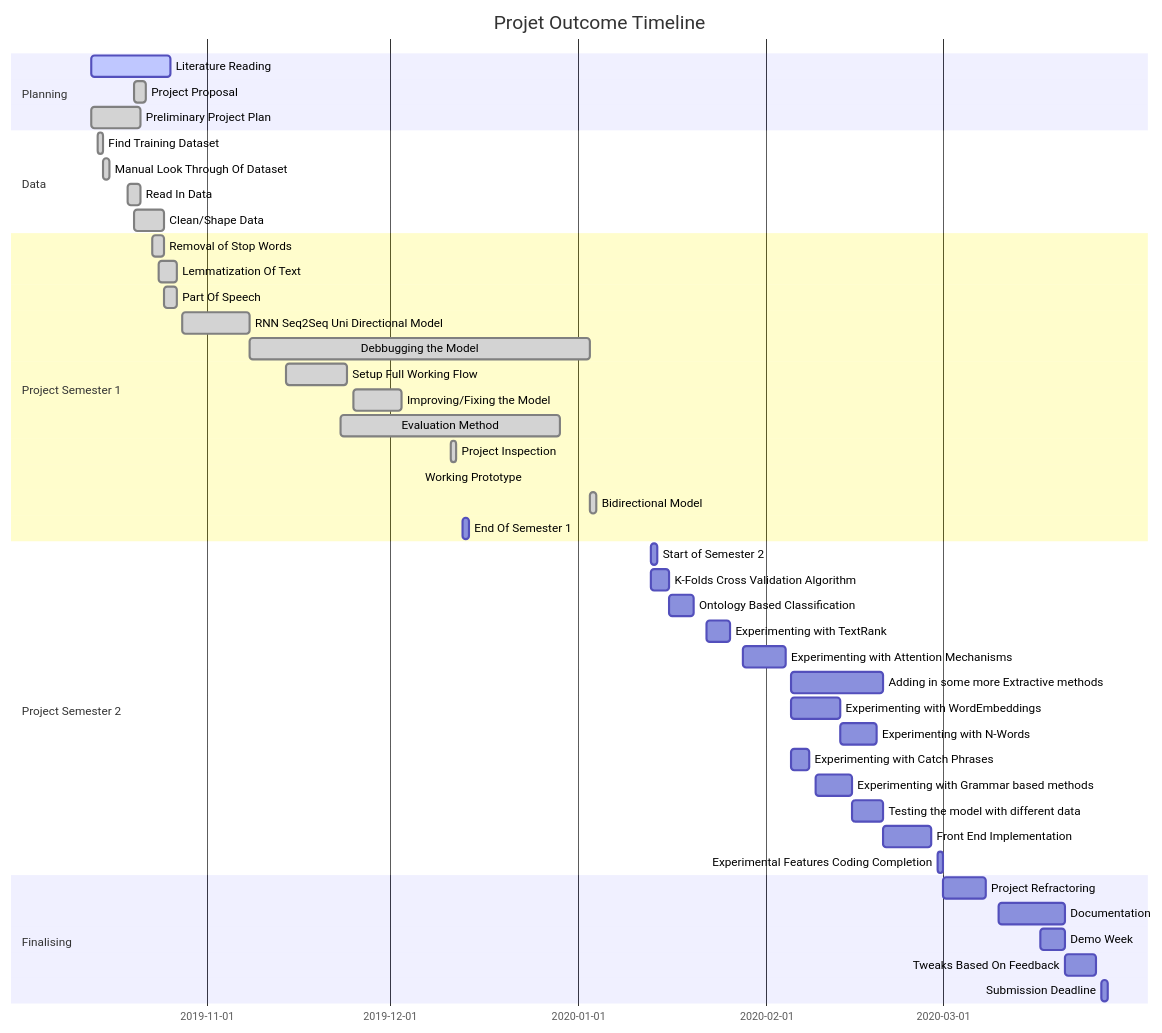
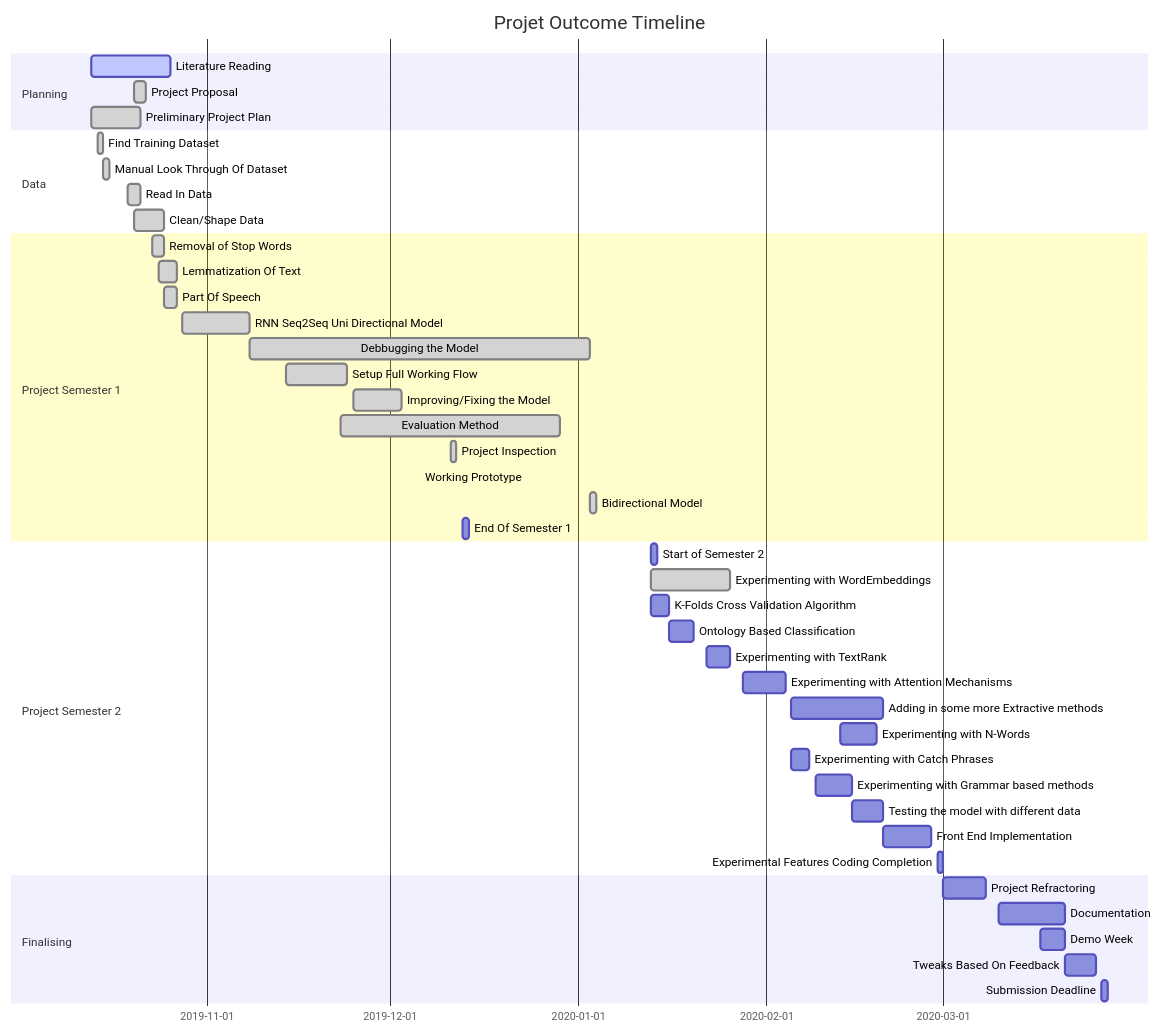
One commit to bmistry12/text-summarisation changed the second of 2 diagrams in README.md. Above: the diagram before and after it, drawn with Mermaid. The commit also changed other lines of this file, not shown here.

````diff
--- a/README.md
+++ b/README.md
@@ -89,52 +89,52 @@
 ```mermaid
 gantt
 dateFormat  YYYY-MM-DD
 title Projet Outcome Timeline
 
 section Planning
 Literature Reading                      :active,  des1, 2019-10-13, 2019-10-26
 Project Proposal                        :done,    des1, 2019-10-20, 2019-10-22
 Preliminary Project Plan                :done,    des1, 2019-10-13, 2019-10-21
 
 section Data                  
 Find Training Dataset                   :done,    des1, 2019-10-14, 2019-10-15
 Manual Look Through Of Dataset          :done,    des1, 2019-10-15, 2019-10-16
 Read In Data                            :done,    des1, 2019-10-19, 2019-10-21
 Clean/Shape Data                        :done,    des1, 2019-10-20, 2019-10-25
 
 section Project Semester 1
 Removal of Stop Words                   :done,    des1, 2019-10-23, 2019-10-25
 Lemmatization Of Text                   :done,    des1, 2019-10-24, 2019-10-27
 Part Of Speech                          :done,    des1, 2019-10-25, 2019-10-27
 RNN Seq2Seq Uni Directional Model       :done,    des1, 2019-10-28, 2019-11-08
 Debbugging the Model                    :done,    des1, 2019-11-08, 2020-01-03
 Setup Full Working Flow                 :done,    des1, 2019-11-14, 2019-11-24
 Improving/Fixing the Model              :done,    des1, 2019-11-25, 2019-12-03
 Evaluation Method                       :done,    des1, 2019-11-23, 2019-12-29
 Project Inspection                      :done,    des1, 2019-12-11, 1d
 Working Prototype                       :done,    des1, 2019-12-13, 2019-12-06
 Bidirectional Model                     :done,    des1, 2020-01-03, 2020-01-04
 End Of Semester 1                       :         des1, 2019-12-13, 1d
 
 section Project Semester 2
 Start of Semester 2                     :         des1, 2020-01-13, 1d
+Experimenting with WordEmbeddings       :done,    des1, 2020-01-13, 2020-01-26
 K-Folds Cross Validation Algorithm      :         des1, 2020-01-13, 2020-01-16
 Ontology Based Classification           :         des1, 2020-01-16, 2020-01-20
 Experimenting with TextRank             :         des1, 2020-01-22, 2020-01-26
 Experimenting with Attention Mechanisms :         des1, 2020-01-28, 2020-02-04
 Adding in some more Extractive methods  :         des1, 2020-02-05, 2020-02-20
-Experimenting with WordEmbeddings       :         des1, 2020-02-05, 2020-02-13
 Experimenting with N-Words              :         des1, 2020-02-13, 2020-02-19
 Experimenting with Catch Phrases        :         des1, 2020-02-05, 2020-02-08
 Experimenting with Grammar based methods:         des1, 2020-02-09, 2020-02-15
 Testing the model with different data   :         des1, 2020-02-15, 2020-02-20 
 Front End Implementation                :         des1, 2020-02-20, 2020-02-28
 Experimental Features Coding Completion :         des1, 2020-02-29, 1d
 
 Section Finalising
 Project Refractoring                    :         des1, 2020-03-01, 2020-03-08
 Documentation                           :         des1, 2020-03-10, 2020-03-21
 Demo Week                               :         des1, 2020-03-17, 2020-03-21
 Tweaks Based On Feedback                :         des1, 2020-03-21, 2020-03-26
 Submission Deadline                     :         des1, 2020-03-27, 1d
 ```
````
